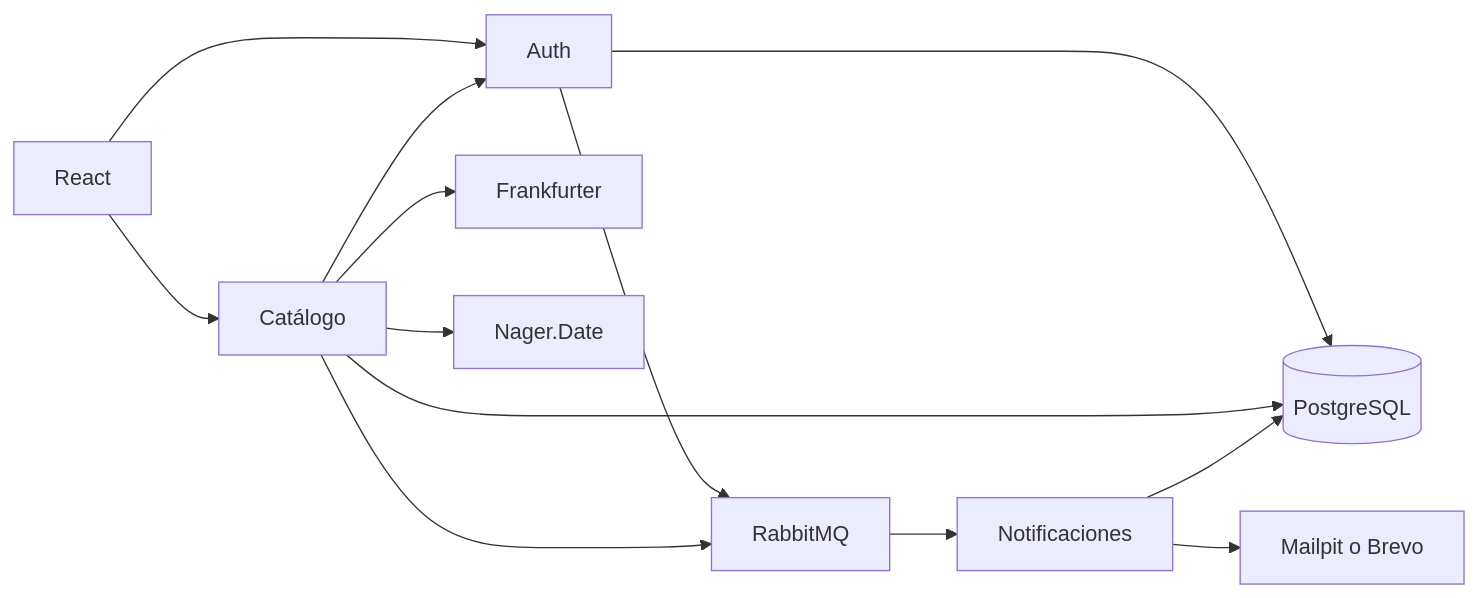
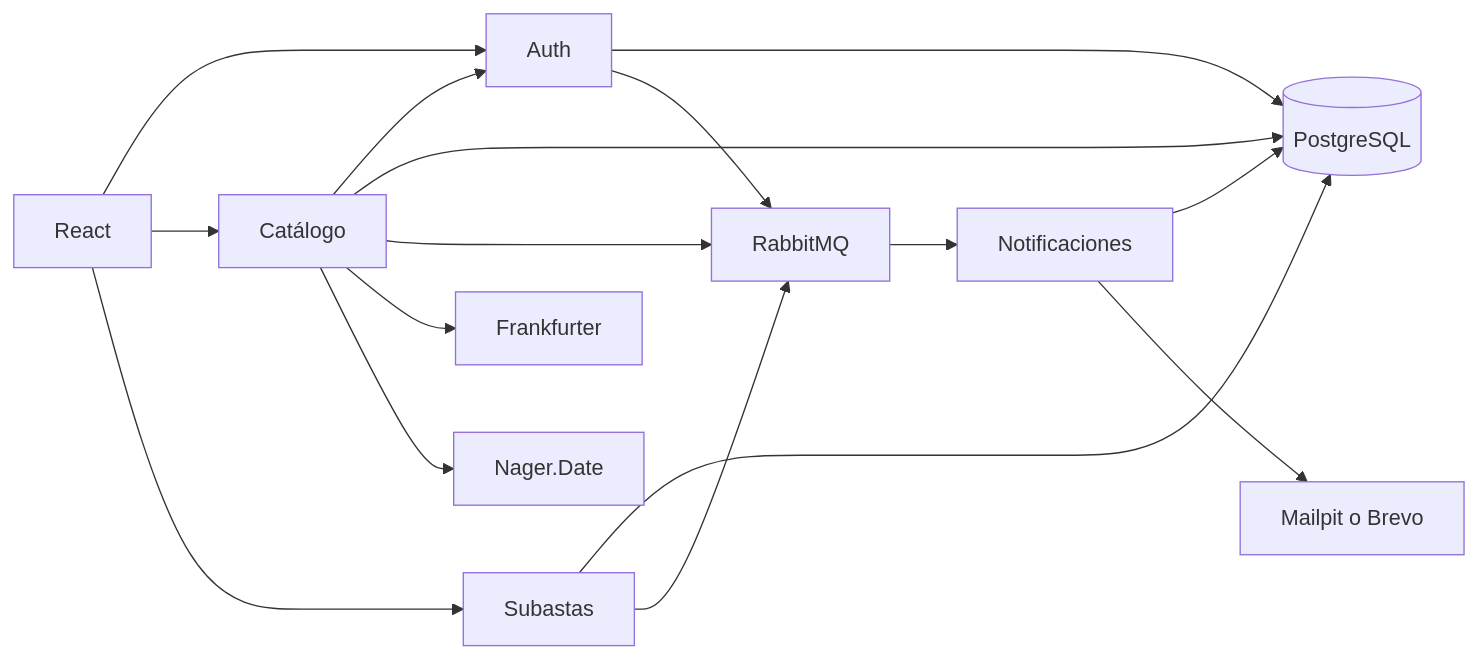
One commit to itzjuans25/VERTICE changed the diagram in README.md. Above: the diagram before and after it, drawn with Mermaid. The commit also changed other lines of this file and 22 other files, not shown here.

````diff
--- a/README.md
+++ b/README.md
@@ -34,15 +35,18 @@
 ```mermaid
 flowchart LR
   UI[React] --> A[Auth]
   UI --> C[Catálogo]
+  UI --> S[Subastas]
   C --> A
   A --> PG[(PostgreSQL)]
   C --> PG
+  S --> PG
   A --> MQ[RabbitMQ]
   C --> MQ
+  S --> MQ
   MQ --> N[Notificaciones]
   N --> PG
   N --> SMTP[Mailpit o Brevo]
   C --> FX[Frankfurter]
   C --> F[Nager.Date]
 ```
````
